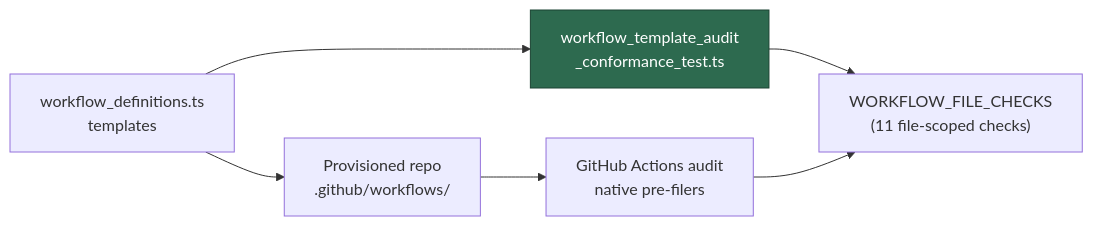
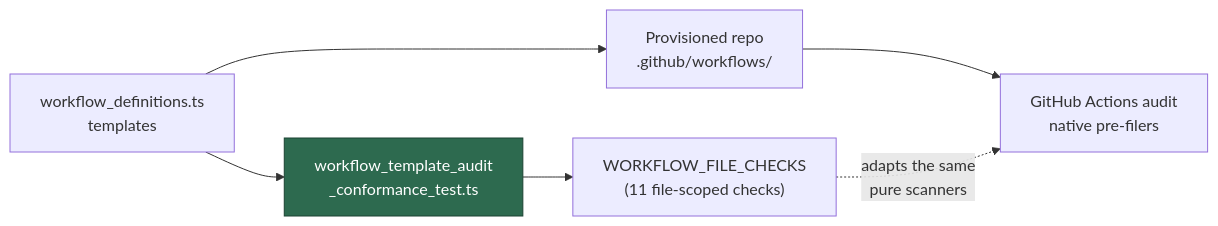
Before and after one commit to stSoftwareAU/VibeCoder: the third of 5 diagrams in docs/EXTENDING.md, drawn with Mermaid. The commit also changed other lines of this file and 8 other files, not shown here.

````diff
--- a/docs/EXTENDING.md
+++ b/docs/EXTENDING.md
@@ -325,9 +325,9 @@
 ```mermaid
 flowchart LR
     T["workflow_definitions.ts<br/>templates"] --> R["Provisioned repo<br/>.github/workflows/"]
     R --> A["GitHub Actions audit<br/>native pre-filers"]
     T --> C["workflow_template_audit<br/>_conformance_test.ts"]
     C --> K["WORKFLOW_FILE_CHECKS<br/>(11 file-scoped checks)"]
-    A --> K
+    K -. "adapts the same<br/>pure scanners" .-> A
     style C fill:#2d6a4f,stroke:#1b4332,color:#fff
 ```
````
